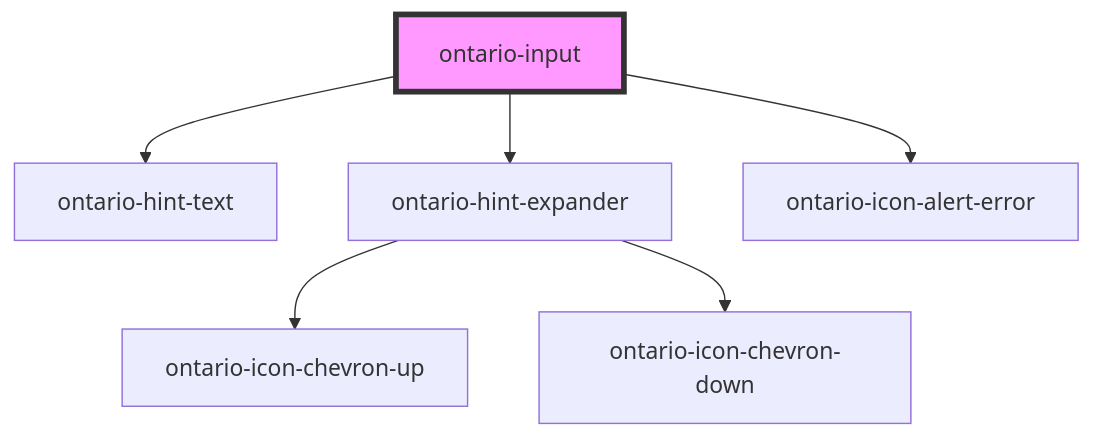
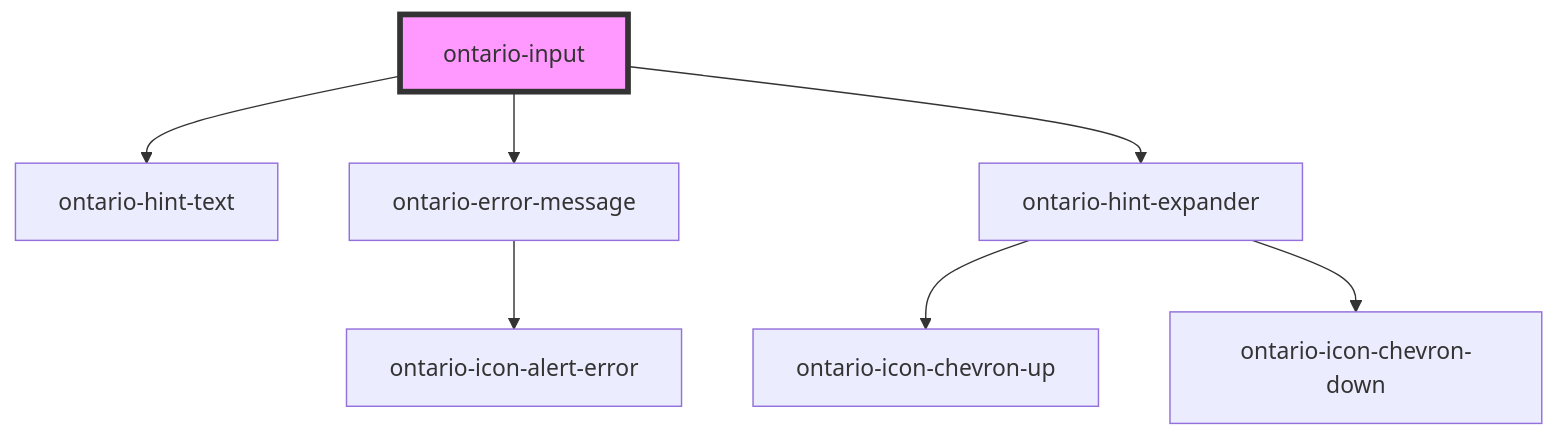
The diagram in packages/ontario-design-system-component-library/src/components/ontario-input/readme.md (ongov/ontario-design-system), drawn with Mermaid before and after one commit. The commit also changed other lines of this file and 27 other files, not shown here.

Commit message:
feat(ontario-error-alert): add scaffolding for ErrorAlert summary and inline message components

````diff
--- a/packages/ontario-design-system-component-library/src/components/ontario-input/readme.md
+++ b/packages/ontario-design-system-component-library/src/components/ontario-input/readme.md
@@ -535,9 +553,10 @@
 ```mermaid
 graph TD;
   ontario-input --> ontario-hint-text
+  ontario-input --> ontario-error-message
   ontario-input --> ontario-hint-expander
-  ontario-input --> ontario-icon-alert-error
+  ontario-error-message --> ontario-icon-alert-error
   ontario-hint-expander --> ontario-icon-chevron-up
   ontario-hint-expander --> ontario-icon-chevron-down
   style ontario-input fill:#f9f,stroke:#333,stroke-width:4px
 ```
````
